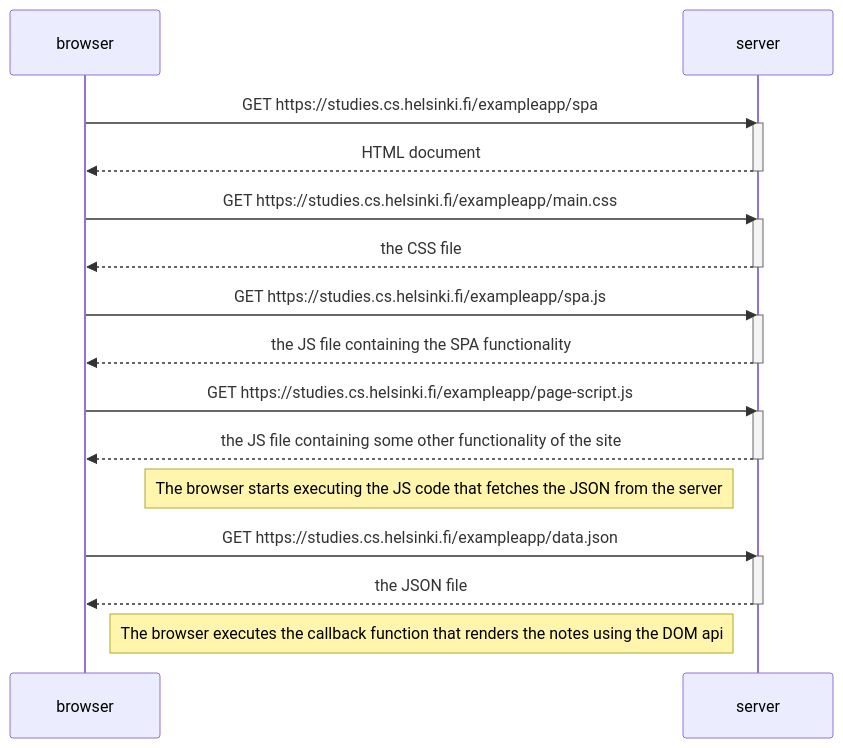
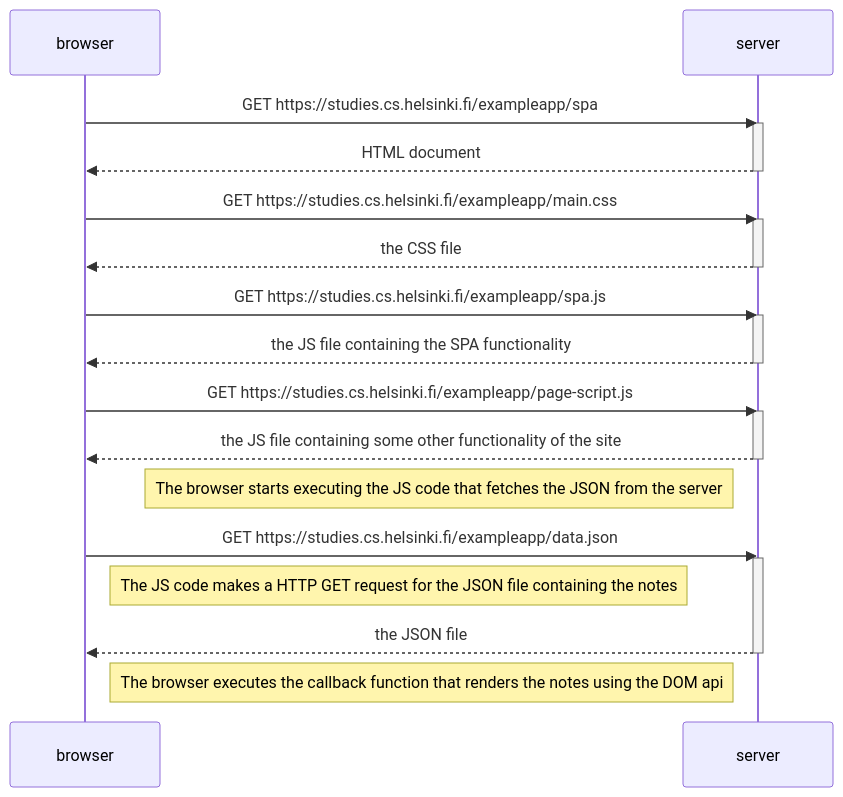
One commit to Mersikka/full-stack-open changed the diagram in part0/exercise5.md. Above: the diagram before and after it, drawn with Mermaid. The commit also changed 1 other file, not shown here.

Commit message:
Improve 4 and 5

````diff
--- a/part0/exercise5.md
+++ b/part0/exercise5.md
@@ -1,34 +1,37 @@
 ```mermaid
 sequenceDiagram
     participant browser
     participant server
 
     browser->>server: GET https://studies.cs.helsinki.fi/exampleapp/spa
     activate server
     server-->>browser: HTML document
     deactivate server
     
     browser->>server: GET https://studies.cs.helsinki.fi/exampleapp/main.css
     activate server
     server-->>browser: the CSS file
     deactivate server
 
     browser->>server: GET https://studies.cs.helsinki.fi/exampleapp/spa.js
     activate server
     server-->>browser: the JS file containing the SPA functionality
     deactivate server
 
     browser->>server: GET https://studies.cs.helsinki.fi/exampleapp/page-script.js
     activate server
     server-->>browser: the JS file containing some other functionality of the site
     deactivate server
 
     note left of server: The browser starts executing the JS code that fetches the JSON from the server
 
     browser->>server: GET https://studies.cs.helsinki.fi/exampleapp/data.json
     activate server
+
+    note right of browser: The JS code makes a HTTP GET request for the JSON file containing the notes
+
     server-->>browser: the JSON file
     deactivate server
 
     note right of browser: The browser executes the callback function that renders the notes using the DOM api
 ```
````
